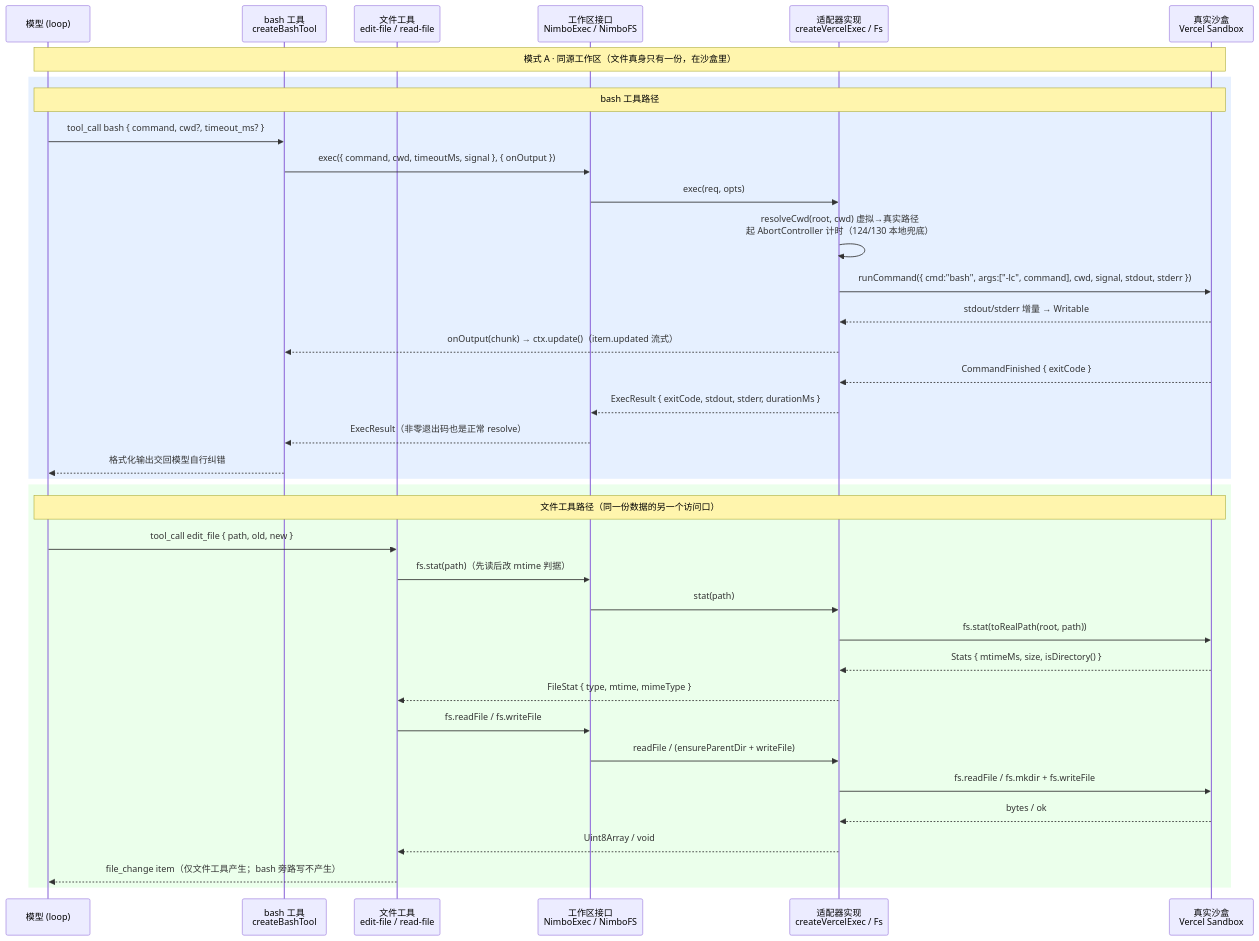
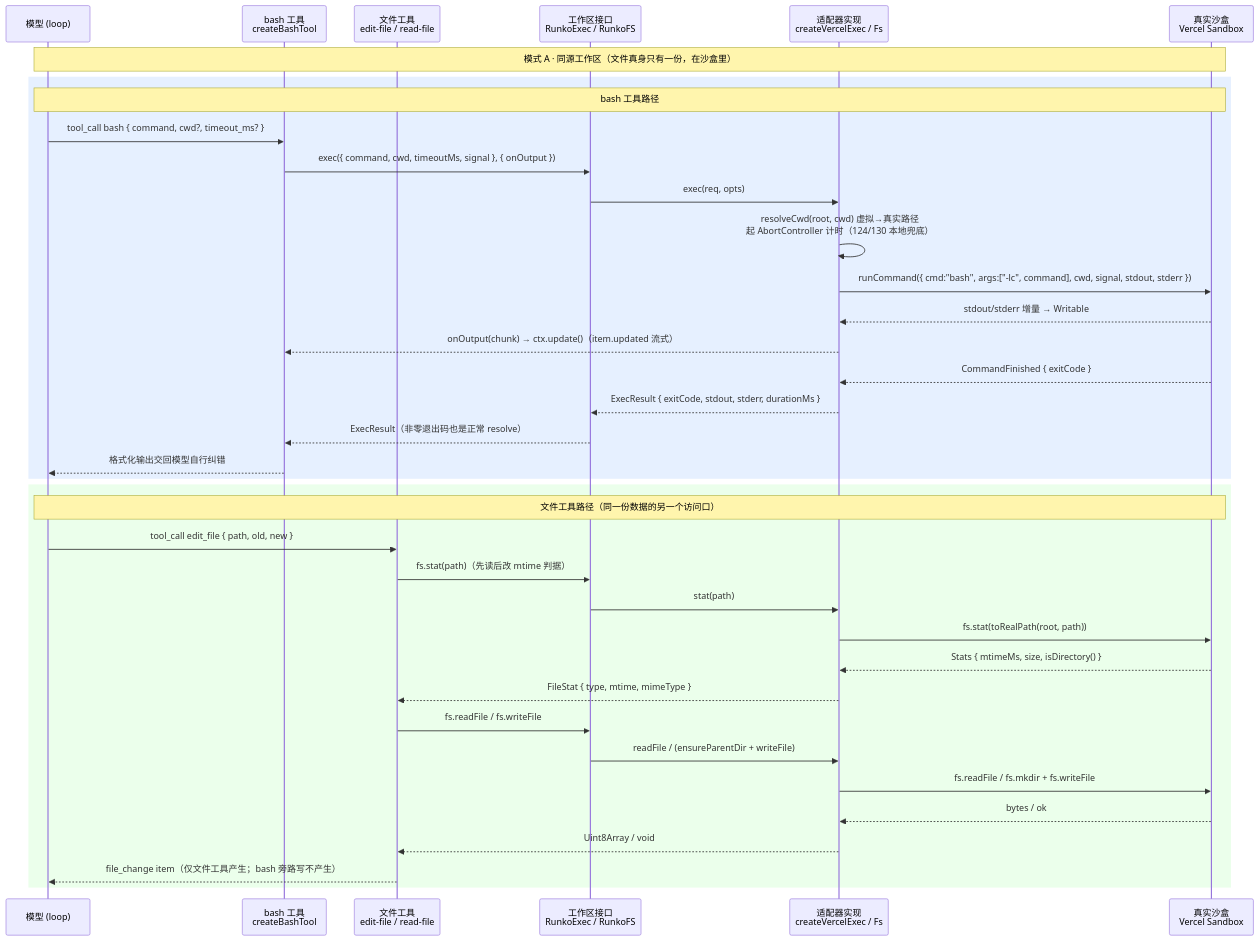
The diagram in docs/host/contract/tech/sandbox.md (ludafa/runko), drawn with Mermaid before and after one commit. The commit also changed other lines of this file and 450 other files, not shown here.

First line of the commit message:
refactor: 全仓库改名 nimbo → runko，库表名改用 agent_ 前缀

````diff
--- a/docs/host/contract/tech/sandbox.md
+++ b/docs/host/contract/tech/sandbox.md
@@ -41,42 +41,42 @@
 ```mermaid
 sequenceDiagram
     participant M as 模型 (loop)
     participant BT as bash 工具<br/>createBashTool
     participant FT as 文件工具<br/>edit-file / read-file
-    participant WS as 工作区接口<br/>NimboExec / NimboFS
+    participant WS as 工作区接口<br/>RunkoExec / RunkoFS
     participant AD as 适配器实现<br/>createVercelExec / Fs
     participant SB as 真实沙盒<br/>Vercel Sandbox
 
     Note over M,SB: 模式 A · 同源工作区（文件真身只有一份，在沙盒里）
 
     rect rgb(230, 240, 255)
     Note over M,SB: bash 工具路径
     M->>BT: tool_call bash { command, cwd?, timeout_ms? }
     BT->>WS: exec({ command, cwd, timeoutMs, signal }, { onOutput })
     WS->>AD: exec(req, opts)
     AD->>AD: resolveCwd(root, cwd) 虚拟→真实路径<br/>起 AbortController 计时（124/130 本地兜底）
     AD->>SB: runCommand({ cmd:"bash", args:["-lc", command], cwd, signal, stdout, stderr })
     SB-->>AD: stdout/stderr 增量 → Writable
     AD-->>BT: onOutput(chunk) → ctx.update()（item.updated 流式）
     SB-->>AD: CommandFinished { exitCode }
     AD-->>WS: ExecResult { exitCode, stdout, stderr, durationMs }
     WS-->>BT: ExecResult（非零退出码也是正常 resolve）
     BT-->>M: 格式化输出交回模型自行纠错
     end
 
     rect rgb(235, 255, 235)
     Note over M,SB: 文件工具路径（同一份数据的另一个访问口）
     M->>FT: tool_call edit_file { path, old, new }
     FT->>WS: fs.stat(path)（先读后改 mtime 判据）
     WS->>AD: stat(path)
     AD->>SB: fs.stat(toRealPath(root, path))
     SB-->>AD: Stats { mtimeMs, size, isDirectory() }
     AD-->>FT: FileStat { type, mtime, mimeType }
     FT->>WS: fs.readFile / fs.writeFile
     WS->>AD: readFile / (ensureParentDir + writeFile)
     AD->>SB: fs.readFile / fs.mkdir + fs.writeFile
     SB-->>AD: bytes / ok
     AD-->>FT: Uint8Array / void
     FT-->>M: file_change item（仅文件工具产生；bash 旁路写不产生）
     end
 ```
````
